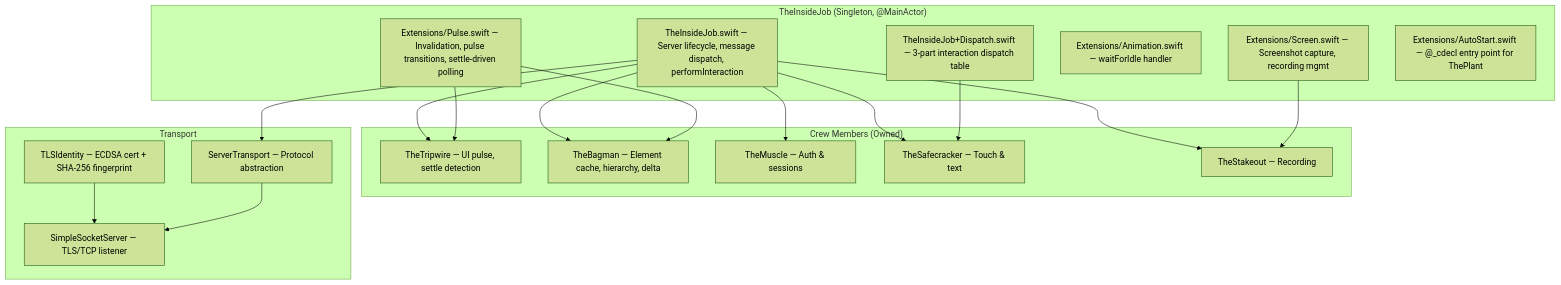
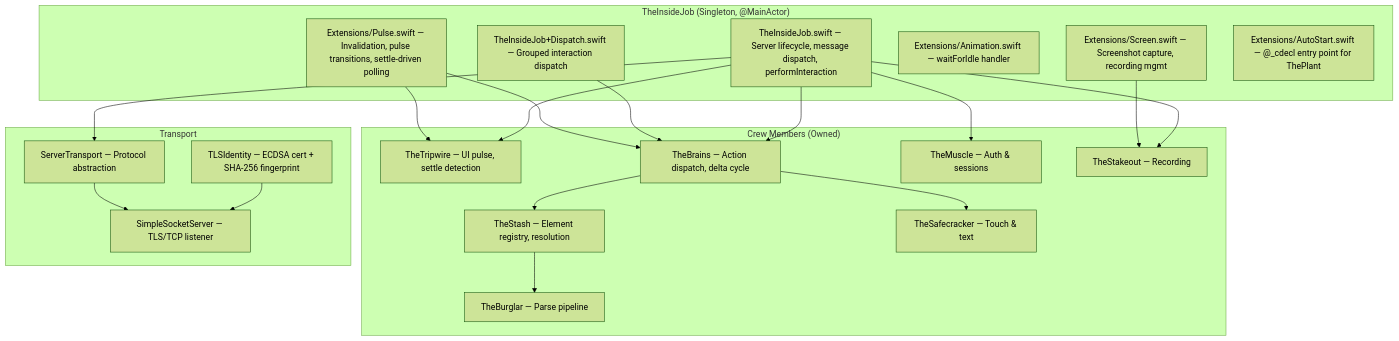
Before and after one commit to RoyalPineapple/TheButtonHeist: the first of 5 diagrams in docs/dossiers/07-THEINSIDEJOB.md, drawn with Mermaid (forest theme). The commit also changed other lines of this file and 71 other files, not shown here.

First line of the commit message:
Decompose TheBagman → TheStash + TheBurglar + TheBrains (#248)

````diff
--- a/docs/dossiers/07-THEINSIDEJOB.md
+++ b/docs/dossiers/07-THEINSIDEJOB.md
@@ -23,38 +23,42 @@
 ```mermaid
 graph TD
     subgraph TheInsideJob["TheInsideJob (Singleton, @MainActor)"]
         Core["TheInsideJob.swift — Server lifecycle, message dispatch, performInteraction"]
-        Dispatch["TheInsideJob+Dispatch.swift — 3-part interaction dispatch table"]
+        Dispatch["TheInsideJob+Dispatch.swift — Grouped interaction dispatch"]
         Pulse["Extensions/Pulse.swift — Invalidation, pulse transitions, settle-driven polling"]
         Anim["Extensions/Animation.swift — waitForIdle handler"]
         Screen["Extensions/Screen.swift — Screenshot capture, recording mgmt"]
         Auto["Extensions/AutoStart.swift — @_cdecl entry point for ThePlant"]
     end
 
     subgraph Crew["Crew Members (Owned)"]
         Tripwire["TheTripwire — UI pulse, settle detection"]
-        Bagman["TheBagman — Element cache, hierarchy, delta"]
+        Brains["TheBrains — Action dispatch, delta cycle"]
+        Stash["TheStash — Element registry, resolution"]
+        Burglar["TheBurglar — Parse pipeline"]
         Muscle["TheMuscle — Auth & sessions"]
         Safecracker["TheSafecracker — Touch & text"]
         Stakeout["TheStakeout — Recording"]
     end
 
     subgraph Transport["Transport"]
         Server["SimpleSocketServer — TLS/TCP listener"]
         STransport["ServerTransport — Protocol abstraction"]
         TLS["TLSIdentity — ECDSA cert + SHA-256 fingerprint"]
     end
 
     TLS --> Server
     STransport --> Server
     Core --> Muscle
-    Core --> Safecracker
     Core --> Stakeout
     Core --> Tripwire
-    Core --> Bagman
+    Core --> Brains
+    Brains --> Stash
+    Brains --> Safecracker
+    Stash --> Burglar
     Core --> STransport
-    Dispatch --> Safecracker
-    Pulse --> Bagman
+    Dispatch --> Brains
+    Pulse --> Brains
     Pulse --> Tripwire
     Screen --> Stakeout
 ```
````
